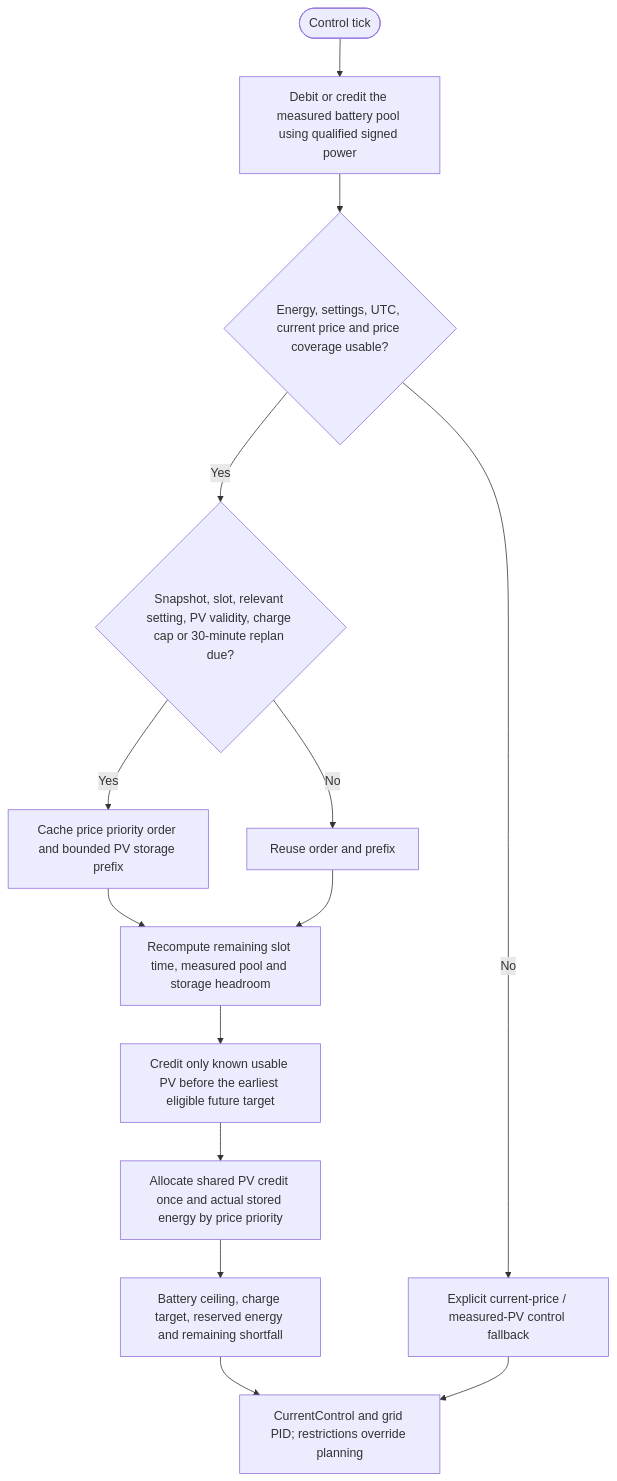
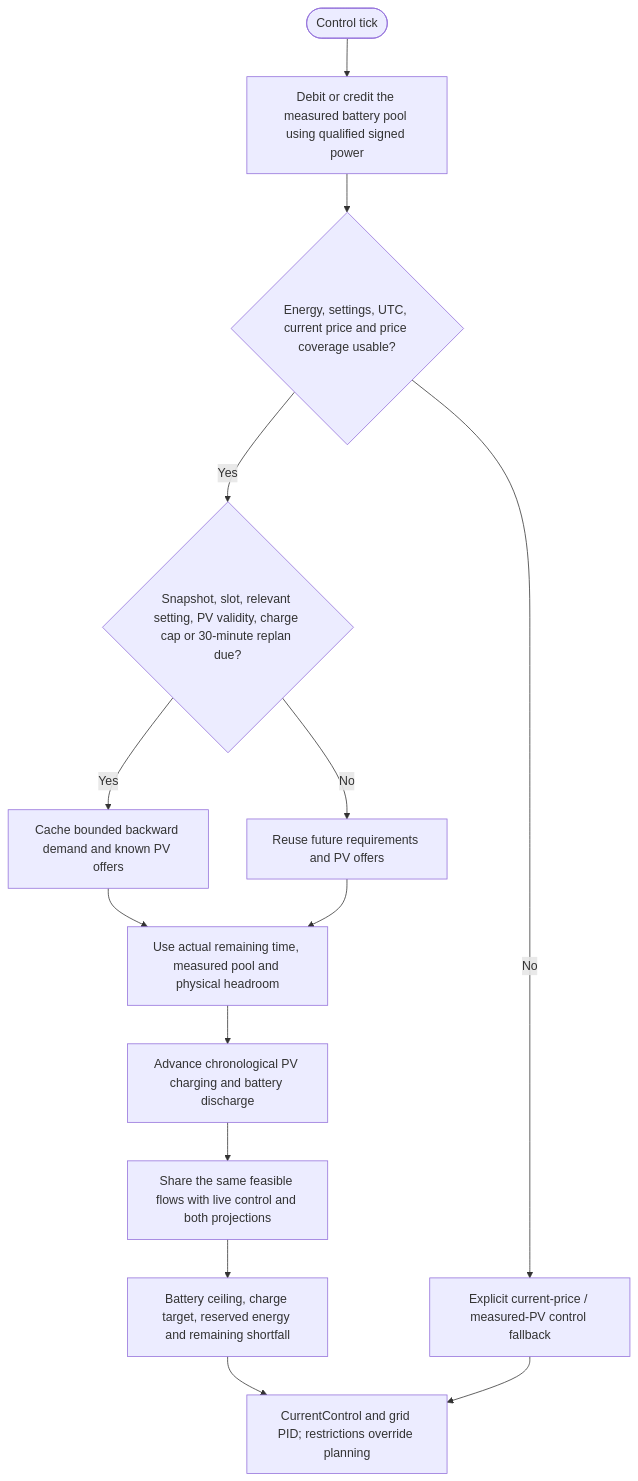
One commit to vitalyruhl/SolarInverterLimiter changed the diagram in docs/control-planning/05-energy-planning.md. Above: the diagram before and after it, drawn with Mermaid. The commit also changed other lines of this file and 38 other files, not shown here.

````diff
--- a/docs/control-planning/05-energy-planning.md
+++ b/docs/control-planning/05-energy-planning.md
@@ -12,16 +12,16 @@
 ```mermaid
 flowchart TD
   TICK([Control tick]) --> ENERGY["Debit or credit the measured battery pool using qualified signed power"]
   ENERGY --> VALID{"Energy, settings, UTC, current price and price coverage usable?"}
   VALID -- No --> FALL["Explicit current-price / measured-PV control fallback"]
   VALID -- Yes --> DUE{"Snapshot, slot, relevant setting, PV validity, charge cap or 30-minute replan due?"}
-  DUE -- Yes --> BUILD["Cache price priority order and bounded PV storage prefix"]
-  DUE -- No --> REUSE["Reuse order and prefix"]
-  BUILD --> BUDGET["Recompute remaining slot time, measured pool and storage headroom"]
+  DUE -- Yes --> BUILD["Cache bounded backward demand and known PV offers"]
+  DUE -- No --> REUSE["Reuse future requirements and PV offers"]
+  BUILD --> BUDGET["Use actual remaining time, measured pool and physical headroom"]
   REUSE --> BUDGET
-  BUDGET --> PV["Credit only known usable PV before the earliest eligible future target"]
-  PV --> ALLOC["Allocate shared PV credit once and actual stored energy by price priority"]
+  BUDGET --> PV["Advance chronological PV charging and battery discharge"]
+  PV --> ALLOC["Share the same feasible flows with live control and both projections"]
   ALLOC --> OUT["Battery ceiling, charge target, reserved energy and remaining shortfall"]
   OUT --> FAST["CurrentControl and grid PID; restrictions override planning"]
   FALL --> FAST
 ```
````
